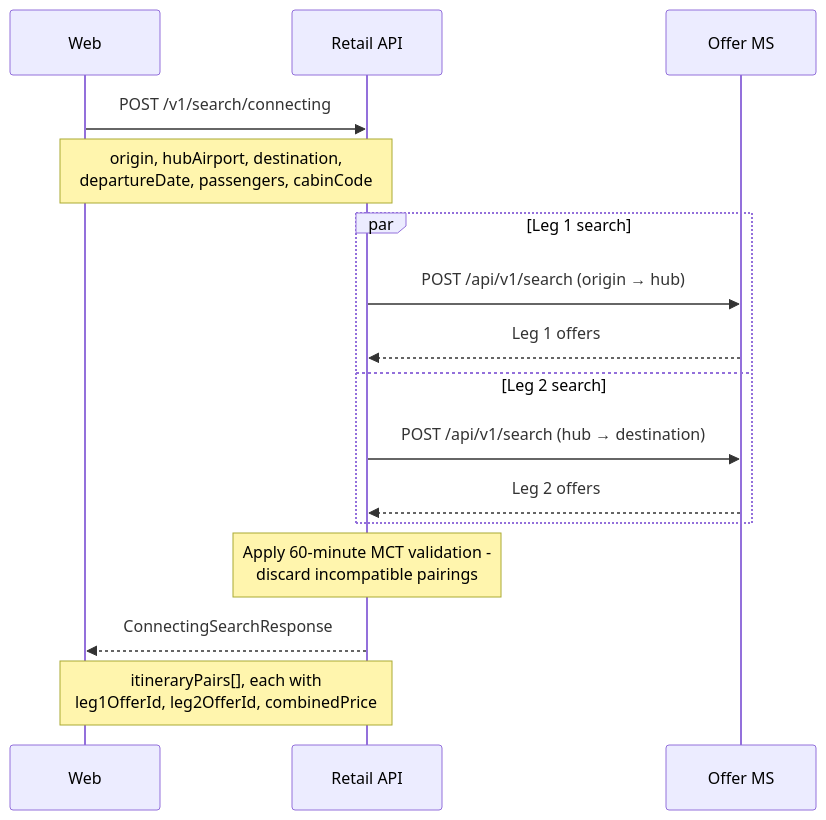
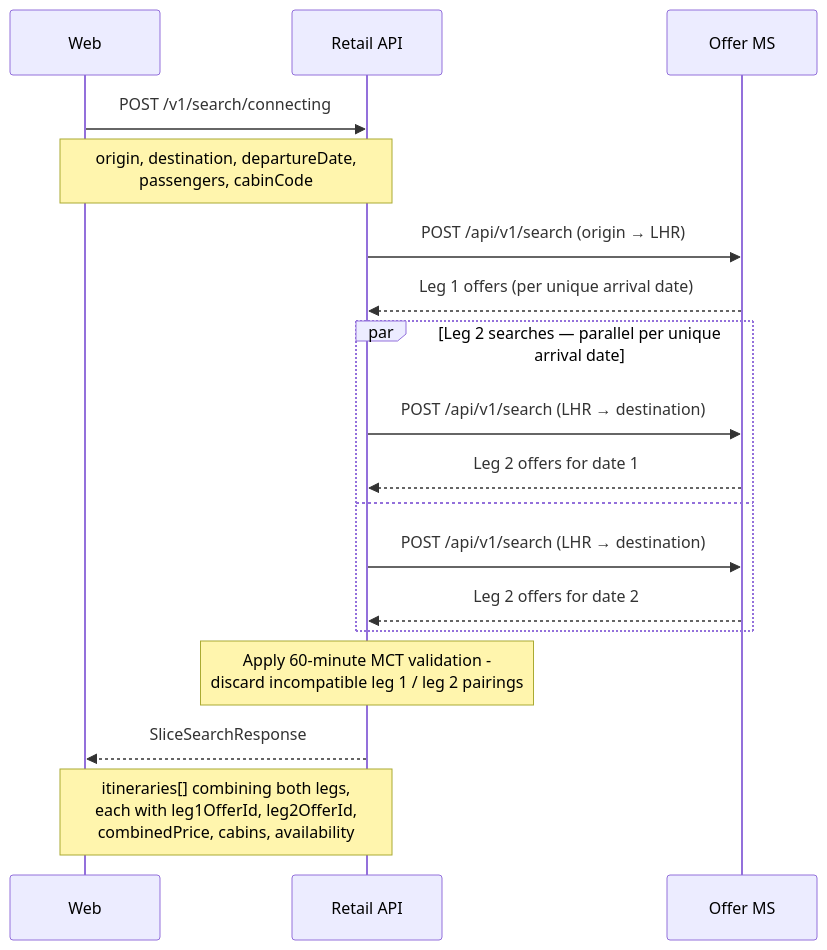
One commit to sebharvey/airline-reservation-system changed the second of 3 diagrams in documentation/sequences/offer.md. Above: the diagram before and after it, drawn with Mermaid. The commit also changed other lines of this file and 11 other files, not shown here.

````diff
--- a/documentation/sequences/offer.md
+++ b/documentation/sequences/offer.md
@@ -30,21 +34,25 @@
 ```mermaid
 sequenceDiagram
     participant Web
     participant RetailAPI as Retail API
     participant OfferMS as Offer MS
 
     Web->>RetailAPI: POST /v1/search/connecting
-    Note over Web,RetailAPI: origin, hubAirport, destination,<br/>departureDate, passengers, cabinCode
+    Note over Web,RetailAPI: origin, destination, departureDate,<br/>passengers, cabinCode
 
-    par Leg 1 search
-        RetailAPI->>OfferMS: POST /api/v1/search (origin → hub)
-        OfferMS-->>RetailAPI: Leg 1 offers
-    and Leg 2 search
-        RetailAPI->>OfferMS: POST /api/v1/search (hub → destination)
-        OfferMS-->>RetailAPI: Leg 2 offers
+    RetailAPI->>OfferMS: POST /api/v1/search (origin → LHR)
+    OfferMS-->>RetailAPI: Leg 1 offers (per unique arrival date)
+
+    par Leg 2 searches — parallel per unique arrival date
+        RetailAPI->>OfferMS: POST /api/v1/search (LHR → destination)
+        OfferMS-->>RetailAPI: Leg 2 offers for date 1
+    and
+        RetailAPI->>OfferMS: POST /api/v1/search (LHR → destination)
+        OfferMS-->>RetailAPI: Leg 2 offers for date 2
     end
 
-    Note over RetailAPI: Apply 60-minute MCT validation -<br/>discard incompatible pairings
-    RetailAPI-->>Web: ConnectingSearchResponse
-    Note over RetailAPI,Web: itineraryPairs[], each with<br/>leg1OfferId, leg2OfferId, combinedPrice
+    Note over RetailAPI: Apply 60-minute MCT validation -<br/>discard incompatible leg 1 / leg 2 pairings
+
+    RetailAPI-->>Web: SliceSearchResponse
+    Note over RetailAPI,Web: itineraries[] combining both legs,<br/>each with leg1OfferId, leg2OfferId,<br/>combinedPrice, cabins, availability
 ```
````
